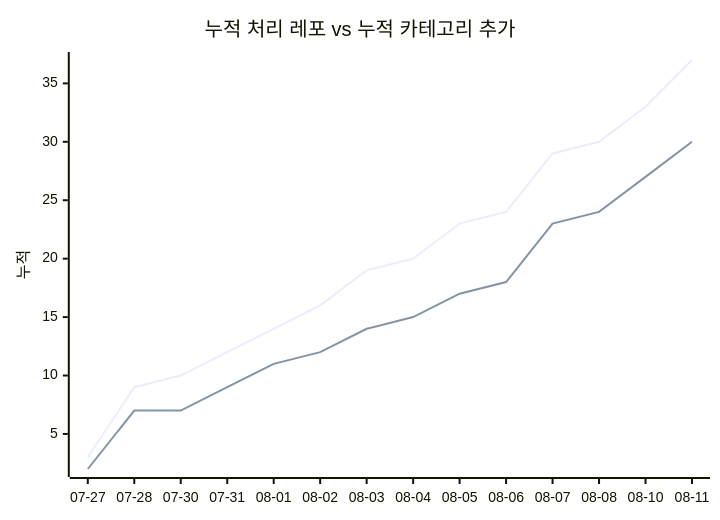
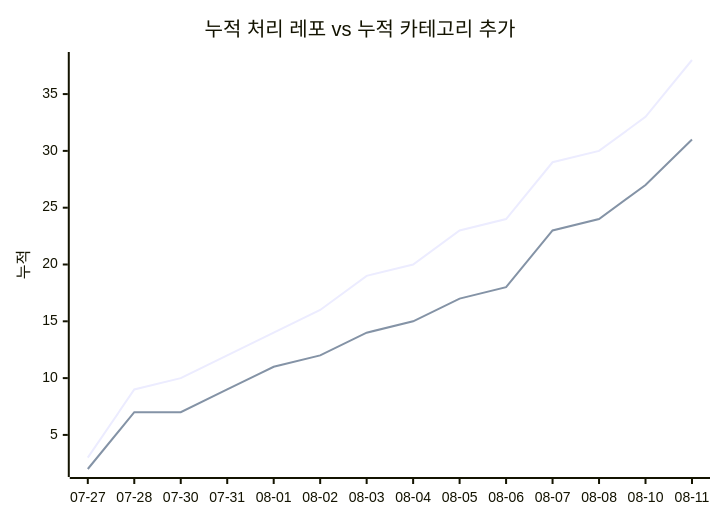
The second of 2 diagrams in docs/trends.md (J-nowcow/awesome-korean-agent-skills), drawn with Mermaid before and after one commit. The commit also changed other lines of this file and 4 other files, not shown here.

````diff
--- a/docs/trends.md
+++ b/docs/trends.md
@@ -68,8 +68,8 @@
 ```mermaid
 xychart-beta
     title "누적 처리 레포 vs 누적 카테고리 추가"
     x-axis ["07-27","07-28","07-30","07-31","08-01","08-02","08-03","08-04","08-05","08-06","08-07","08-08","08-10","08-11"]
     y-axis "누적"
-    line [3,9,10,12,14,16,19,20,23,24,29,30,33,37]
-    line [2,7,7,9,11,12,14,15,17,18,23,24,27,30]
+    line [3,9,10,12,14,16,19,20,23,24,29,30,33,38]
+    line [2,7,7,9,11,12,14,15,17,18,23,24,27,31]
 ```
````
